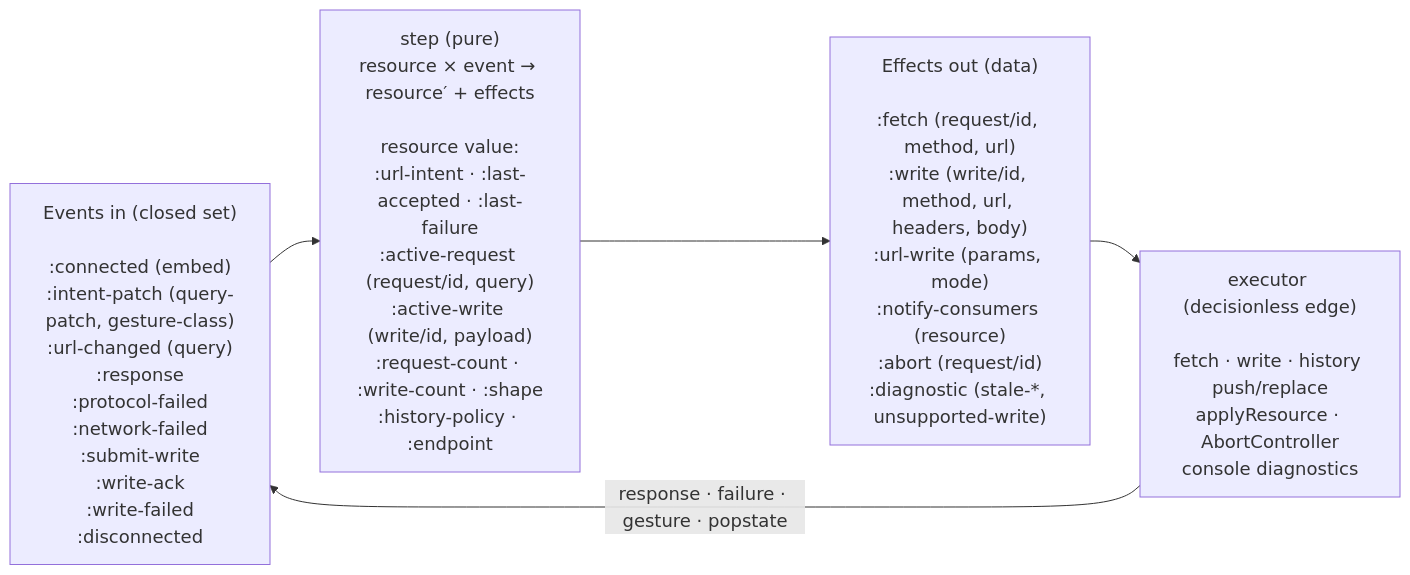
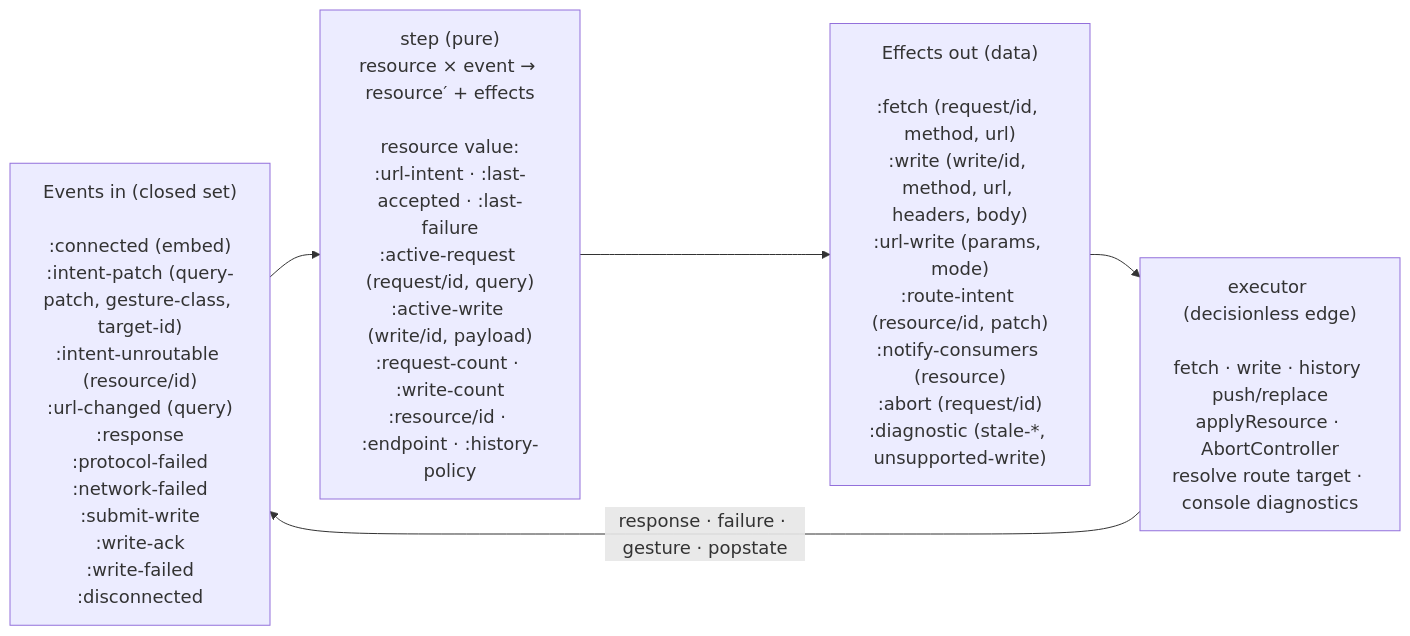
One commit to avanelsas/baredom changed the second of 3 diagrams in barebuild/docs/architecture-diagram.md. Above: the diagram before and after it, drawn with Mermaid. The commit also changed other lines of this file and 6 other files, not shown here.

First line of the commit message:
Extracts the URL read projection and simplifies the request edge (#326)

````diff
--- a/barebuild/docs/architecture-diagram.md
+++ b/barebuild/docs/architecture-diagram.md
@@ -87,14 +87,14 @@
 ```mermaid
 %%{init: {'themeVariables': {'fontSize': '18px'}}}%%
 flowchart LR
-  EVENTS["Events in (closed set)<br/><br/>:connected (embed)<br/>:intent-patch (query-patch, gesture-class)<br/>:url-changed (query)<br/>:response<br/>:protocol-failed<br/>:network-failed<br/>:submit-write<br/>:write-ack<br/>:write-failed<br/>:disconnected"]
+  EVENTS["Events in (closed set)<br/><br/>:connected (embed)<br/>:intent-patch (query-patch, gesture-class, target-id)<br/>:intent-unroutable (resource/id)<br/>:url-changed (query)<br/>:response<br/>:protocol-failed<br/>:network-failed<br/>:submit-write<br/>:write-ack<br/>:write-failed<br/>:disconnected"]
 
-  STEP["step (pure)<br/>resource × event → resource′ + effects<br/><br/>resource value:<br/>:url-intent · :last-accepted · :last-failure<br/>:active-request (request/id, query)<br/>:active-write (write/id, payload)<br/>:request-count · :write-count · :shape<br/>:history-policy · :endpoint"]
+  STEP["step (pure)<br/>resource × event → resource′ + effects<br/><br/>resource value:<br/>:url-intent · :last-accepted · :last-failure<br/>:active-request (request/id, query)<br/>:active-write (write/id, payload)<br/>:request-count · :write-count<br/>:resource/id · :endpoint · :history-policy"]
 
-  EFFECTS["Effects out (data)<br/><br/>:fetch (request/id, method, url)<br/>:write (write/id, method, url, headers, body)<br/>:url-write (params, mode)<br/>:notify-consumers (resource)<br/>:abort (request/id)<br/>:diagnostic (stale-*, unsupported-write)"]
+  EFFECTS["Effects out (data)<br/><br/>:fetch (request/id, method, url)<br/>:write (write/id, method, url, headers, body)<br/>:url-write (params, mode)<br/>:route-intent (resource/id, patch)<br/>:notify-consumers (resource)<br/>:abort (request/id)<br/>:diagnostic (stale-*, unsupported-write)"]
 
-  EXEC["executor (decisionless edge)<br/><br/>fetch · write · history push/replace<br/>applyResource · AbortController<br/>console diagnostics"]
+  EXEC["executor (decisionless edge)<br/><br/>fetch · write · history push/replace<br/>applyResource · AbortController<br/>resolve route target · console diagnostics"]
 
   EVENTS --> STEP --> EFFECTS --> EXEC
   EXEC -->|"response · failure · gesture · popstate"| EVENTS
 ```
````
